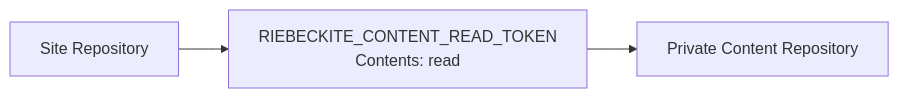
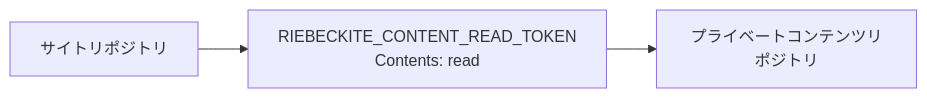
Before and after one commit to Rerurate514/riebeckite: the sixth of 13 diagrams in docs/docs/guides/deployment/separate-content-repository.ja.md, drawn with Mermaid. The commit also changed other lines of this file and 310 other files, not shown here.

````diff
--- a/docs/docs/guides/deployment/separate-content-repository.ja.md
+++ b/docs/docs/guides/deployment/separate-content-repository.ja.md
@@ -654,9 +300,9 @@
-```mermaid id="tmf07q"
+```mermaid
 flowchart LR
-    Site["Site Repository"]
+    Site["サイトリポジトリ"]
     ReadToken["RIEBECKITE_CONTENT_READ_TOKEN<br/>Contents: read"]
-    Content["Private Content Repository"]
+    Content["プライベートコンテンツリポジトリ"]
 
     Site --> ReadToken
     ReadToken --> Content
 ```
````
